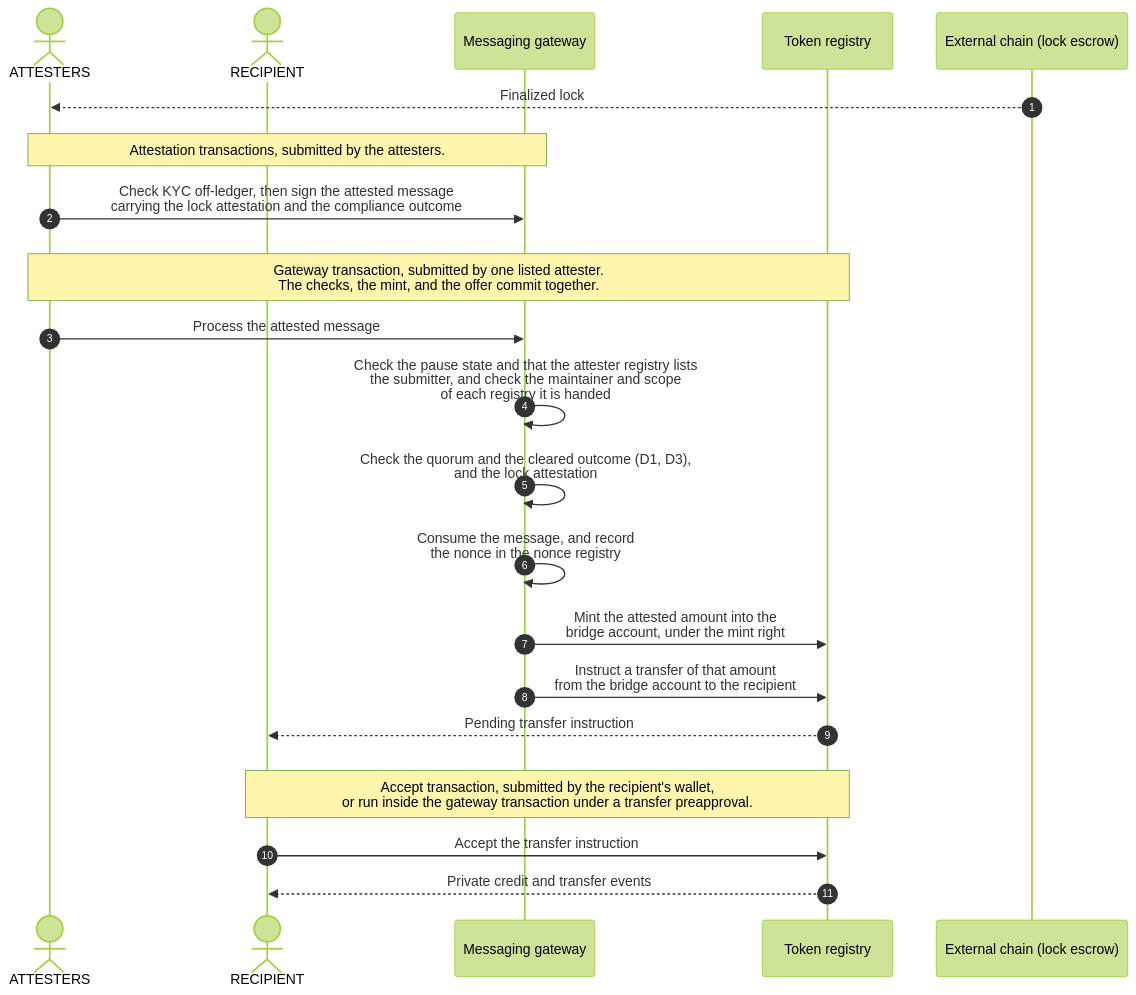
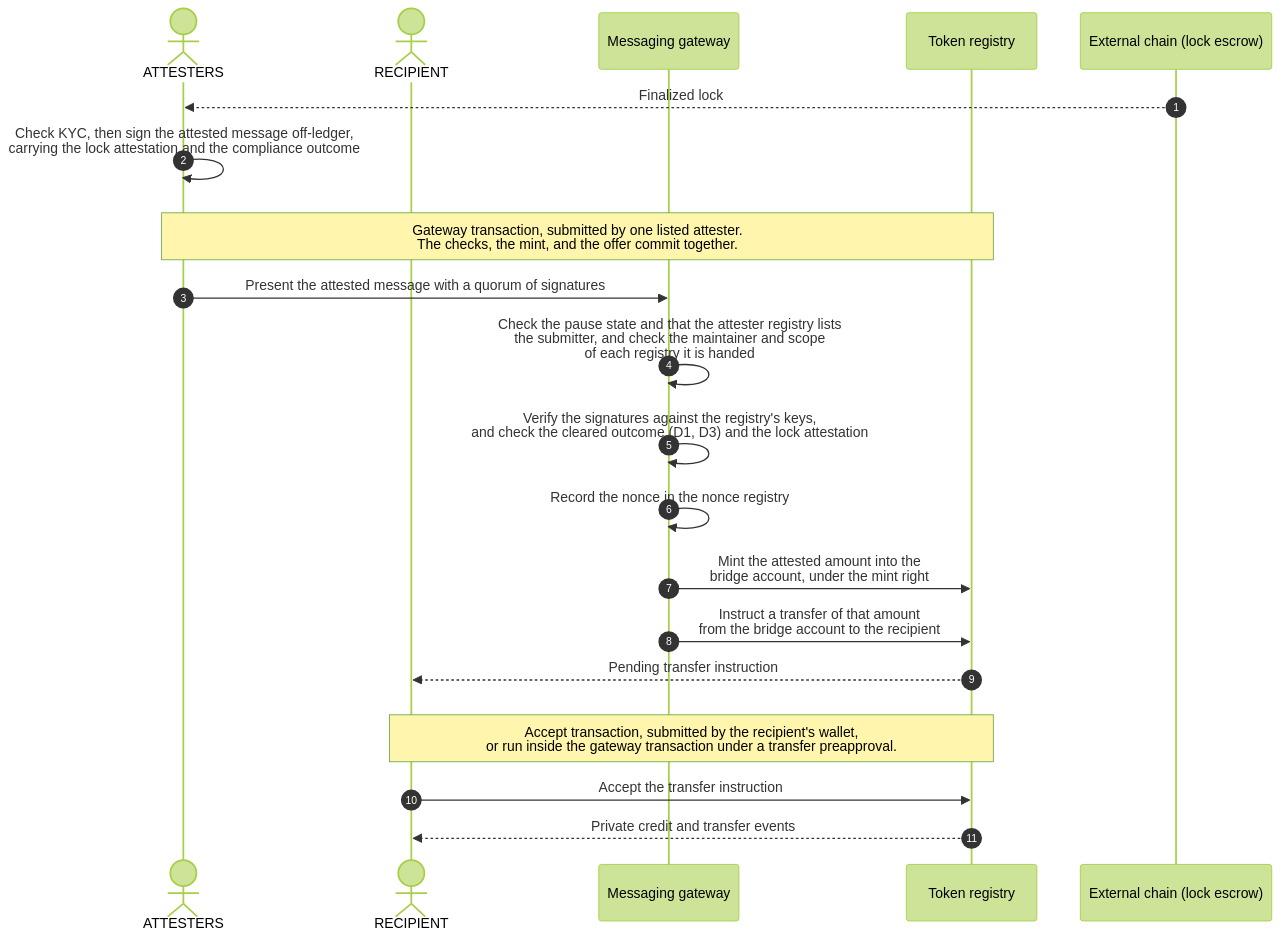
Before and after one commit to OpenZeppelin/canton-specs: the first of 3 diagrams in docs/reference-architectures/cross-chain-stablecoin.md, drawn with Mermaid (forest theme). The commit also changed other lines of this file, not shown here.

Commit message:
attestors now co-sign messages off-chain

````diff
--- a/docs/reference-architectures/cross-chain-stablecoin.md
+++ b/docs/reference-architectures/cross-chain-stablecoin.md
@@ -304,30 +308,27 @@
 ```mermaid
 sequenceDiagram
     autonumber
     actor Attesters as ATTESTERS
     actor Recipient as RECIPIENT
     participant App as Messaging gateway
     participant Registry as Token registry
     participant Chain as External chain (lock escrow)
 
     Chain-->>Attesters: Finalized lock
-    rect rgba(255, 255, 255, .1)
-        Note over Attesters,App: Attestation transactions, submitted by the attesters.
-        Attesters->>App: Check KYC off-ledger, then sign the attested message<br/>carrying the lock attestation and the compliance outcome
-    end
+    Attesters->>Attesters: Check KYC, then sign the attested message off-ledger,<br/>carrying the lock attestation and the compliance outcome
     rect rgba(255, 255, 255, .1)
         Note over Attesters,Registry: Gateway transaction, submitted by one listed attester.<br/>The checks, the mint, and the offer commit together.
-        Attesters->>App: Process the attested message
+        Attesters->>App: Present the attested message with a quorum of signatures
         App->>App: Check the pause state and that the attester registry lists<br/>the submitter, and check the maintainer and scope<br/>of each registry it is handed
-        App->>App: Check the quorum and the cleared outcome (D1, D3),<br/>and the lock attestation
-        App->>App: Consume the message, and record<br/>the nonce in the nonce registry
+        App->>App: Verify the signatures against the registry's keys,<br/>and check the cleared outcome (D1, D3) and the lock attestation
+        App->>App: Record the nonce in the nonce registry
         App->>Registry: Mint the attested amount into the<br/>bridge account, under the mint right
         App->>Registry: Instruct a transfer of that amount<br/>from the bridge account to the recipient
         Registry-->>Recipient: Pending transfer instruction
     end
     rect rgba(255, 255, 255, .1)
         Note over Recipient,Registry: Accept transaction, submitted by the recipient's wallet,<br/>or run inside the gateway transaction under a transfer preapproval.
         Recipient->>Registry: Accept the transfer instruction
         Registry-->>Recipient: Private credit and transfer events
     end
 ```
````
